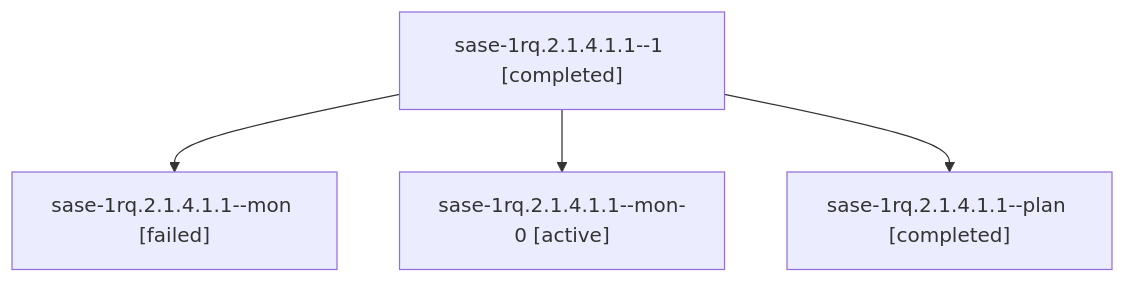
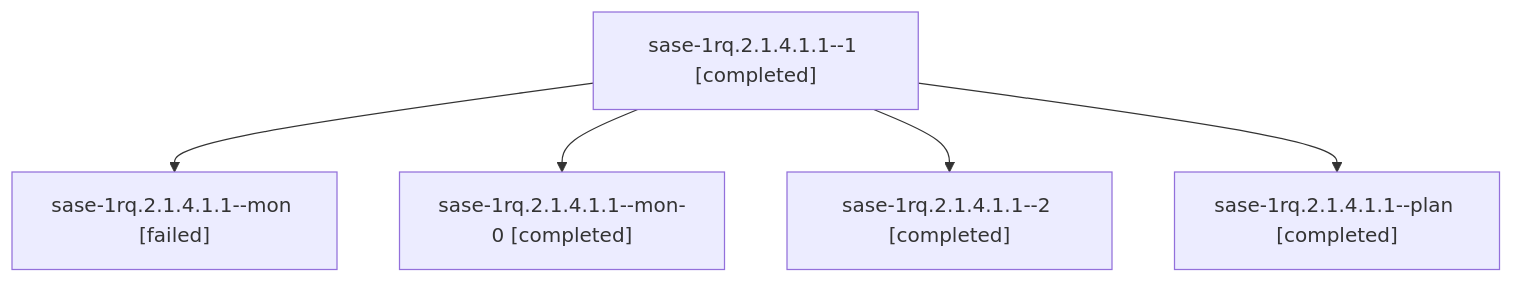
The diagram in sessions/bbugyi200.athena.sase-1rq.2.1.4.1.1.md (sase-org/sase--agents), drawn with Mermaid before and after one commit. The commit also changed other lines of this file and 154 other files, not shown here.

````diff
--- a/sessions/bbugyi200.athena.sase-1rq.2.1.4.1.1.md
+++ b/sessions/bbugyi200.athena.sase-1rq.2.1.4.1.1.md
@@ -9,10 +9,12 @@
 ```mermaid
 flowchart TD
   n0["sase-1rq.2.1.4.1.1--1 [completed]"]
   n1["sase-1rq.2.1.4.1.1--mon [failed]"]
   n0 --> n1
-  n2["sase-1rq.2.1.4.1.1--mon-0 [active]"]
+  n2["sase-1rq.2.1.4.1.1--mon-0 [completed]"]
   n0 --> n2
-  n3["sase-1rq.2.1.4.1.1--plan [completed]"]
+  n3["sase-1rq.2.1.4.1.1--2 [completed]"]
   n0 --> n3
+  n4["sase-1rq.2.1.4.1.1--plan [completed]"]
+  n0 --> n4
 ```
````
